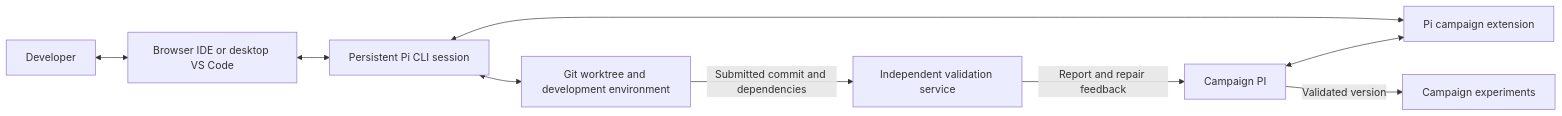
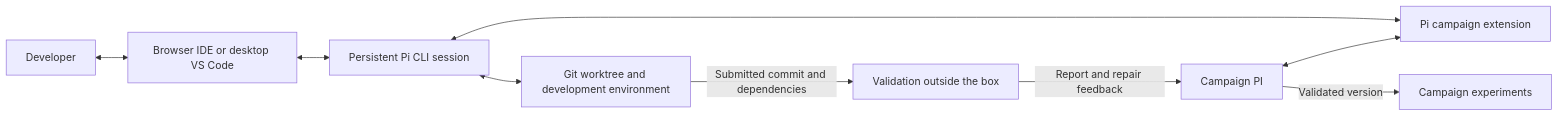
One commit to HoseungChoi51/Balsamic changed the diagram in docs/pi-implementation-workspace-plan.md. Above: the diagram before and after it, drawn with Mermaid. The commit also changed other lines of this file and 25 other files, not shown here.

````diff
--- a/docs/pi-implementation-workspace-plan.md
+++ b/docs/pi-implementation-workspace-plan.md
@@ -124,11 +131,11 @@
 ```mermaid
 flowchart LR
     Developer[Developer] <--> IDE[Browser IDE or desktop VS Code]
     IDE <--> Pi[Persistent Pi CLI session]
     PI[Campaign PI] <--> Bridge[Pi campaign extension]
     Bridge <--> Pi
     Pi <--> Work[Git worktree and development environment]
-    Work -->|Submitted commit and dependencies| Validation[Independent validation service]
+    Work -->|Submitted commit and dependencies| Validation[Validation outside the box]
     Validation -->|Report and repair feedback| PI
     PI -->|Validated version| Campaign[Campaign experiments]
 ```
````
